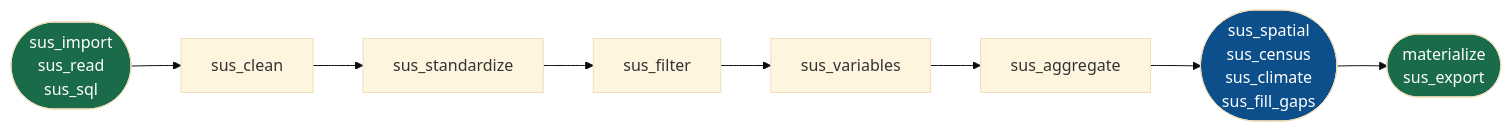
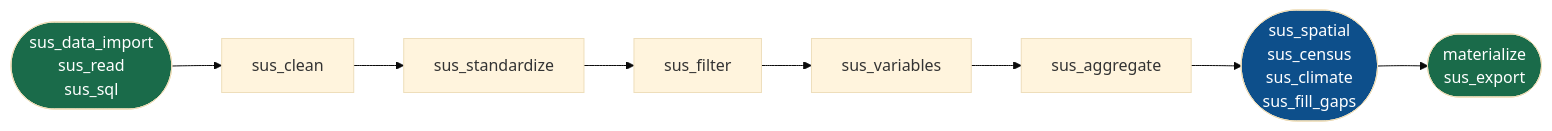
One commit to climasus/climasus4py changed the diagram in docs/pipeline-order.md. Above: the diagram before and after it, drawn with Mermaid (base theme). The commit also changed other lines of this file and 9 other files, not shown here.

Commit message:
refactor(api): rename sus_import to sus_data_import (paridade R legacy)

````diff
--- a/docs/pipeline-order.md
+++ b/docs/pipeline-order.md
@@ -10,13 +10,13 @@
 ```mermaid
 flowchart LR
-    A(["sus_import\nsus_read\nsus_sql"]) --> B[sus_clean]
+    A(["sus_data_import\nsus_read\nsus_sql"]) --> B[sus_clean]
     B --> C[sus_standardize]
     C --> D[sus_filter]
     D --> E[sus_variables]
     E --> F[sus_aggregate]
     F --> G(["sus_spatial\nsus_census\nsus_climate\nsus_fill_gaps"])
     G --> H(["materialize\nsus_export"])
     style A fill:#1a6b4a,color:#fff
     style H fill:#1a6b4a,color:#fff
     style G fill:#0d4f8b,color:#fff
 ```
````
